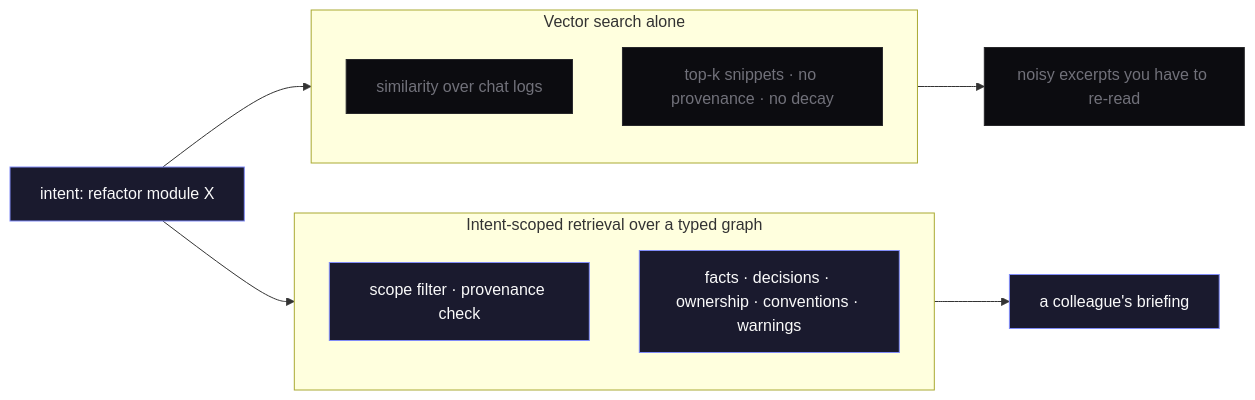
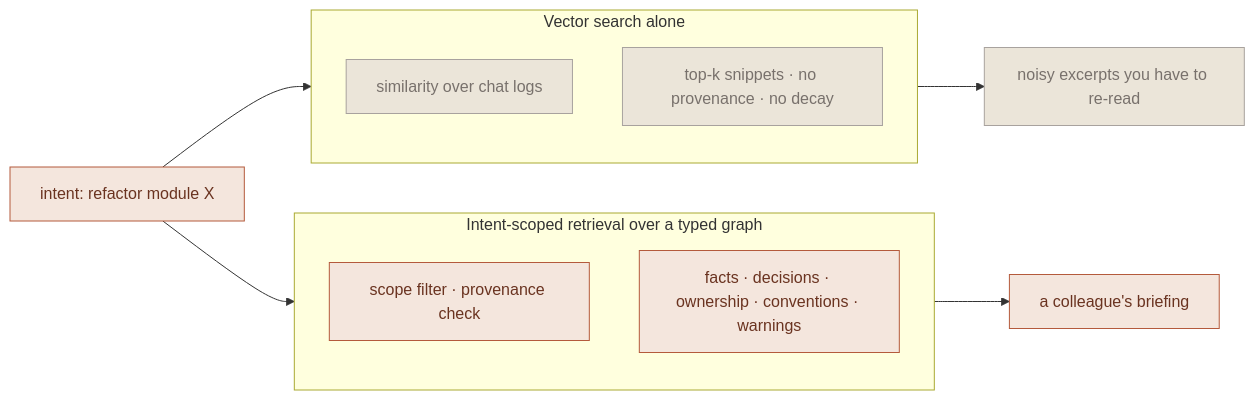
Before and after one commit to sagar8080/sagar8080.github.io: the second of 2 diagrams in content/writing/agent-memory-as-infrastructure.mdx, drawn with Mermaid. The commit also changed other lines of this file and 21 other files, not shown here.

````diff
--- a/content/writing/agent-memory-as-infrastructure.mdx
+++ b/content/writing/agent-memory-as-infrastructure.mdx
@@ -108,25 +108,25 @@
 ```mermaid
 flowchart LR
-  classDef accent fill:#1a1a2e,stroke:#818cf8,color:#fafafa
-  classDef plain fill:#0c0c10,stroke:#3f3f46,color:#e4e4e7
-  classDef cold fill:#0c0c10,stroke:#27272a,color:#71717a
+  classDef accent fill:#f4e6dd,stroke:#b45a3c,color:#6A3320
+  classDef plain fill:#f3efe7,stroke:#d4cdbe,color:#1c1917
+  classDef cold fill:#ebe5d9,stroke:#a8a29e,color:#78716c
 
   Q[intent: refactor module X]:::accent
 
   subgraph V["Vector search alone"]
     direction TB
     V1[similarity over chat logs]:::cold
     V2[top-k snippets · no provenance · no decay]:::cold
   end
 
   subgraph G["Intent-scoped retrieval over a typed graph"]
     direction TB
     G1[scope filter · provenance check]:::accent
     G2[facts · decisions · ownership · conventions · warnings]:::accent
   end
 
   Q --> V
   Q --> G
   V --> NOISE[noisy excerpts you have to re-read]:::cold
   G --> READY[a colleague&apos;s briefing]:::accent
 ```
````
